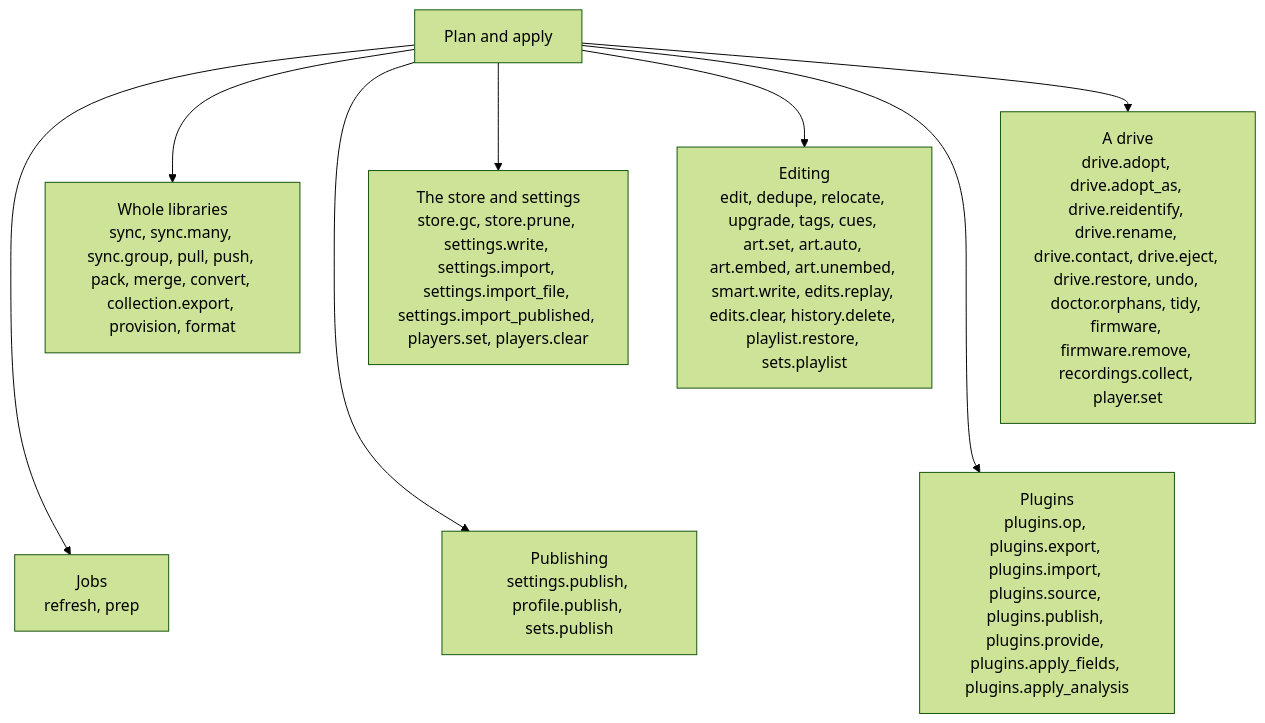
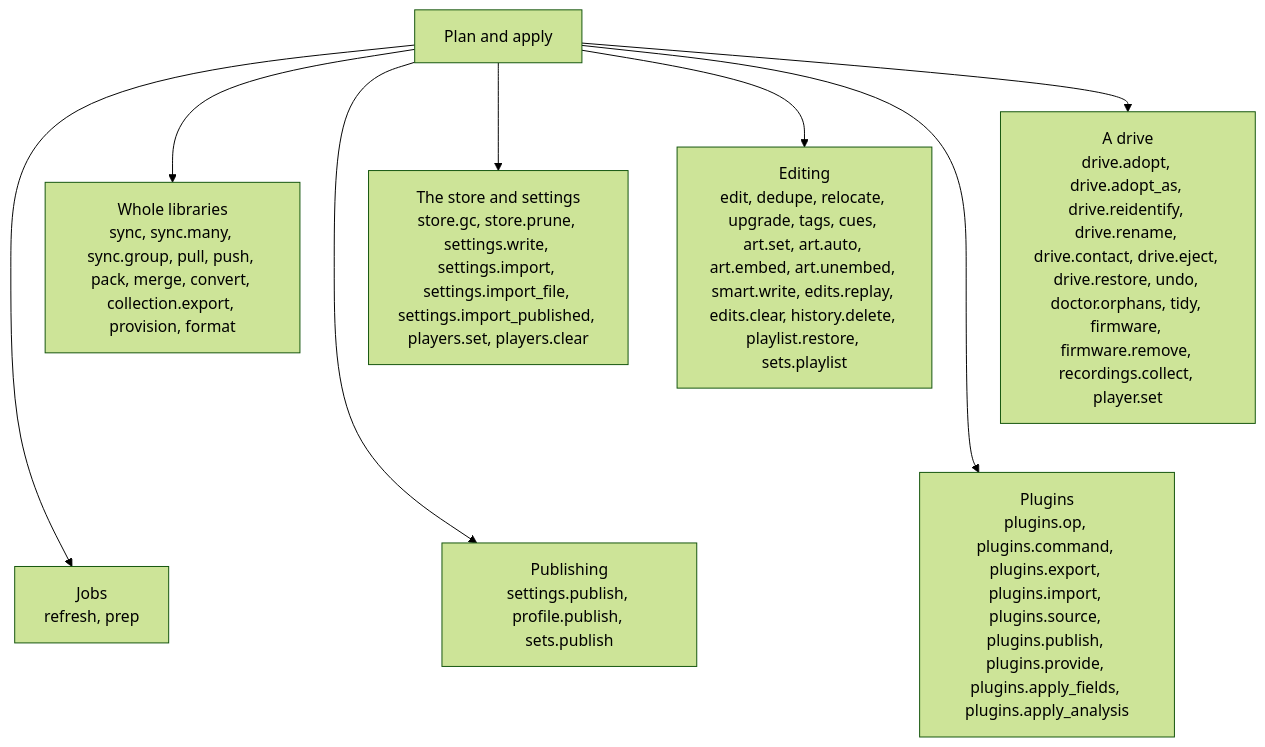
Before and after one commit to cutenode/localnetwork: the eighth of 10 diagrams in apps/locallibrary/docs/diagrams/sidecar.md, drawn with Mermaid (forest theme). The commit also changed 3 other files, not shown here.

First line of the commit message:
docs(locallibrary): draw planned plugin commands in the diagrams

````diff
--- a/apps/locallibrary/docs/diagrams/sidecar.md
+++ b/apps/locallibrary/docs/diagrams/sidecar.md
@@ -172,14 +172,14 @@
 ```mermaid
 flowchart TD
     hub["Plan and apply"]
     hub --> copies["Whole libraries<br/>sync, sync.many, sync.group, pull, push, pack, merge, convert, collection.export, provision, format"]
     hub --> edits["Editing<br/>edit, dedupe, relocate, upgrade, tags, cues, art.set, art.auto, art.embed, art.unembed, smart.write, edits.replay, edits.clear, history.delete, playlist.restore, sets.playlist"]
     hub --> drive["A drive<br/>drive.adopt, drive.adopt_as, drive.reidentify, drive.rename, drive.contact, drive.eject, drive.restore, undo, doctor.orphans, tidy, firmware, firmware.remove, recordings.collect, player.set"]
     hub --> store["The store and settings<br/>store.gc, store.prune, settings.write, settings.import, settings.import_file, settings.import_published, players.set, players.clear"]
     hub --> jobs["Jobs<br/>refresh, prep"]
     hub --> publish["Publishing<br/>settings.publish, profile.publish, sets.publish"]
-    hub --> plugin["Plugins<br/>plugins.op, plugins.export, plugins.import, plugins.source, plugins.publish, plugins.provide, plugins.apply_fields, plugins.apply_analysis"]
+    hub --> plugin["Plugins<br/>plugins.op, plugins.command, plugins.export, plugins.import, plugins.source, plugins.publish, plugins.provide, plugins.apply_fields, plugins.apply_analysis"]
     copies ~~~ jobs
     edits ~~~ publish
     drive ~~~ plugin
 ```
````
